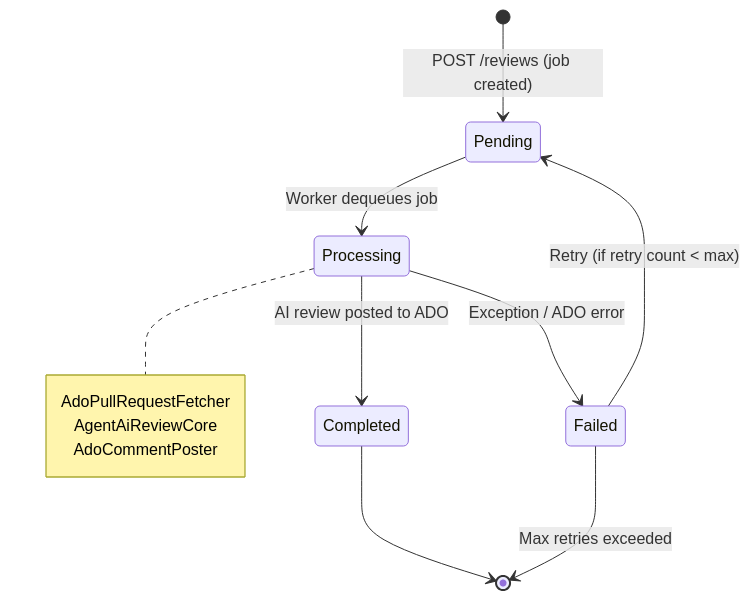
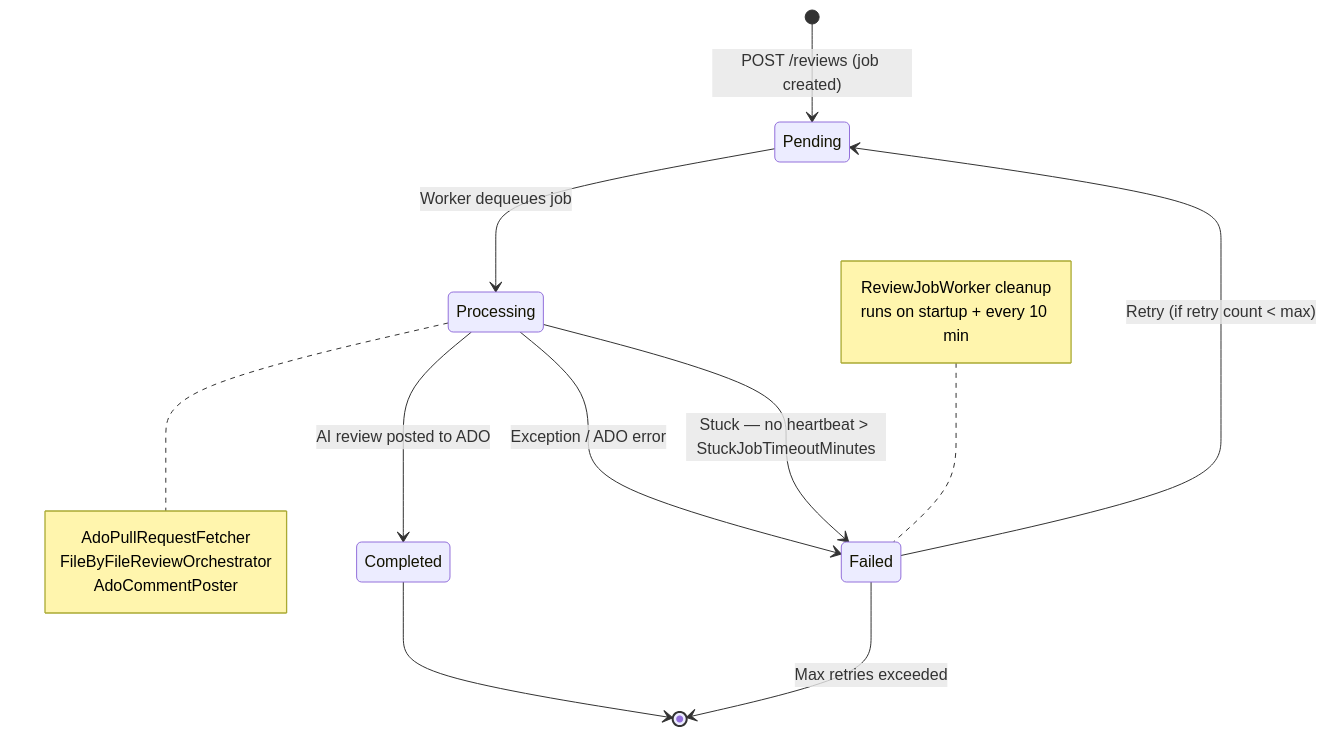
One commit to meister-dev-ai/propr changed the fifth of 8 diagrams in docs/architecture.md. Above: the diagram before and after it, drawn with Mermaid. The commit also changed other lines of this file and 99 other files, not shown here.

````diff
--- a/docs/architecture.md
+++ b/docs/architecture.md
@@ -86,16 +138,22 @@
 ```mermaid
 stateDiagram-v2
     [*] --> Pending : POST /reviews (job created)
     Pending --> Processing : Worker dequeues job
     Processing --> Completed : AI review posted to ADO
     Processing --> Failed : Exception / ADO error
     Failed --> Pending : Retry (if retry count < max)
+    Processing --> Failed : Stuck — no heartbeat > StuckJobTimeoutMinutes
     Completed --> [*]
     Failed --> [*] : Max retries exceeded
 
     note right of Processing
         AdoPullRequestFetcher
-        AgentAiReviewCore
+        FileByFileReviewOrchestrator
         AdoCommentPoster
     end note
+
+    note left of Failed
+        ReviewJobWorker cleanup
+        runs on startup + every 10 min
+    end note
 ```
````
